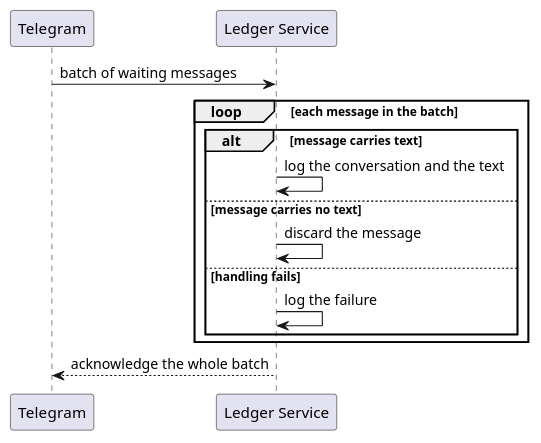
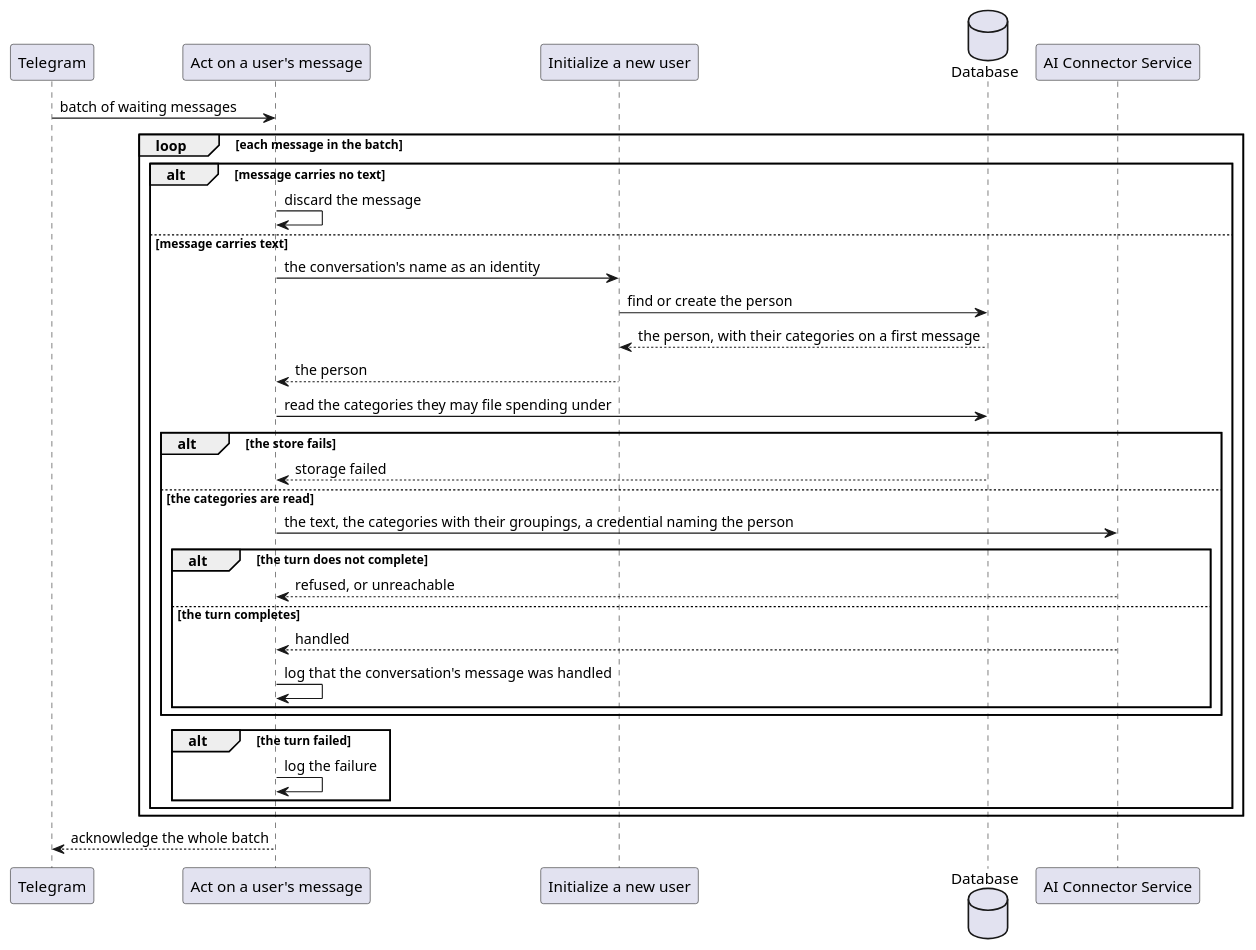
The second of 2 diagrams in ledger-service/docs/usecases/handle-incoming-message.md (ds-usova/finance-bot), drawn with PlantUML before and after one commit. The commit also changed other lines of this file and 20 other files, not shown here.

Commit message:
Documentation: record the message-to-proposal turn and the ledger callback contract

````diff
--- a/ledger-service/docs/usecases/handle-incoming-message.md
+++ b/ledger-service/docs/usecases/handle-incoming-message.md
@@ -62,20 +111,39 @@
 ```plantuml
-@startuml ReceiveUserMessage-Sequence
+@startuml ActOnUserMessage-Sequence
 participant "Telegram" as TG
-participant "Ledger Service" as LS
+participant "Act on a user's message" as UC
+participant "Initialize a new user" as IU
+database "Database" as DB
+participant "AI Connector Service" as AI
 
-TG -> LS : batch of waiting messages
+TG -> UC : batch of waiting messages
 
 loop each message in the batch
-  alt message carries text
-    LS -> LS : log the conversation and the text
-  else message carries no text
-    LS -> LS : discard the message
-  else handling fails
-    LS -> LS : log the failure
+  alt message carries no text
+    UC -> UC : discard the message
+  else message carries text
+    UC -> IU : the conversation's name as an identity
+    IU -> DB : find or create the person
+    DB --> IU : the person, with their categories on a first message
+    IU --> UC : the person
+    UC -> DB : read the categories they may file spending under
+    alt the store fails
+      DB --> UC : storage failed
+    else the categories are read
+      UC -> AI : the text, the categories with their groupings, a credential naming the person
+      alt the turn does not complete
+        AI --> UC : refused, or unreachable
+      else the turn completes
+        AI --> UC : handled
+        UC -> UC : log that the conversation's message was handled
+      end
+    end
+    alt the turn failed
+      UC -> UC : log the failure
+    end
   end
 end
 
-LS --> TG : acknowledge the whole batch
+UC --> TG : acknowledge the whole batch
 @enduml
 ```
````
